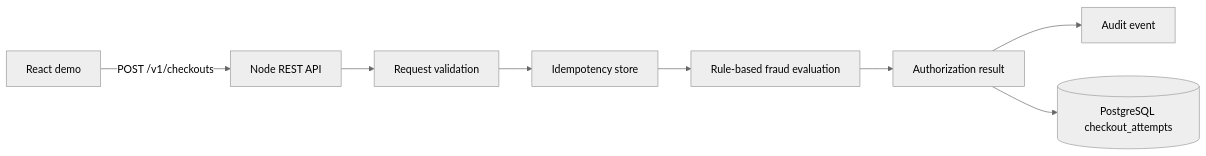
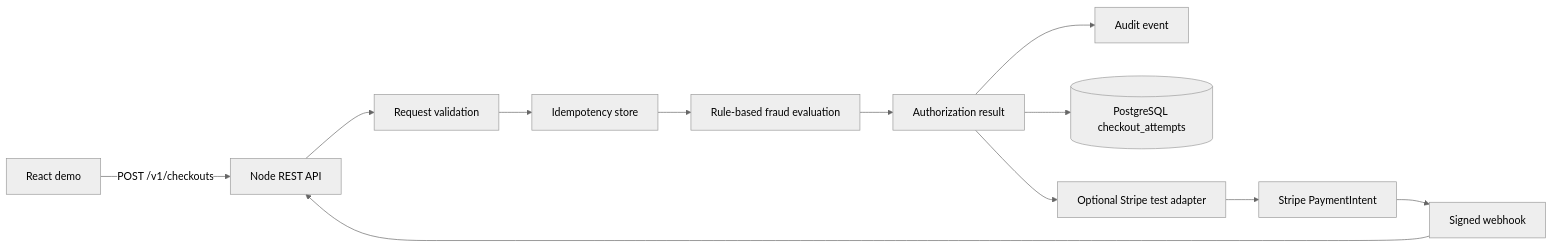
The diagram in README.md (Rohinth-S/secure-payment-checkout-simulator), drawn with Mermaid (neutral theme) before and after one commit. The commit also changed other lines of this file, not shown here.

Commit message:
docs: document Stripe and durable repository flow

````diff
--- a/README.md
+++ b/README.md
@@ -9,10 +9,14 @@
 ```mermaid
 flowchart LR
   Web[React demo] -->|POST /v1/checkouts| API[Node REST API]
   API --> Validate[Request validation]
   Validate --> Idem[Idempotency store]
   Idem --> Fraud[Rule-based fraud evaluation]
   Fraud --> Result[Authorization result]
   Result --> Audit[Audit event]
   Result --> DB[(PostgreSQL checkout_attempts)]
+  Result --> Stripe[Optional Stripe test adapter]
+  Stripe --> PSP[Stripe PaymentIntent]
+  PSP --> Hook[Signed webhook]
+  Hook --> API
 ```
````
